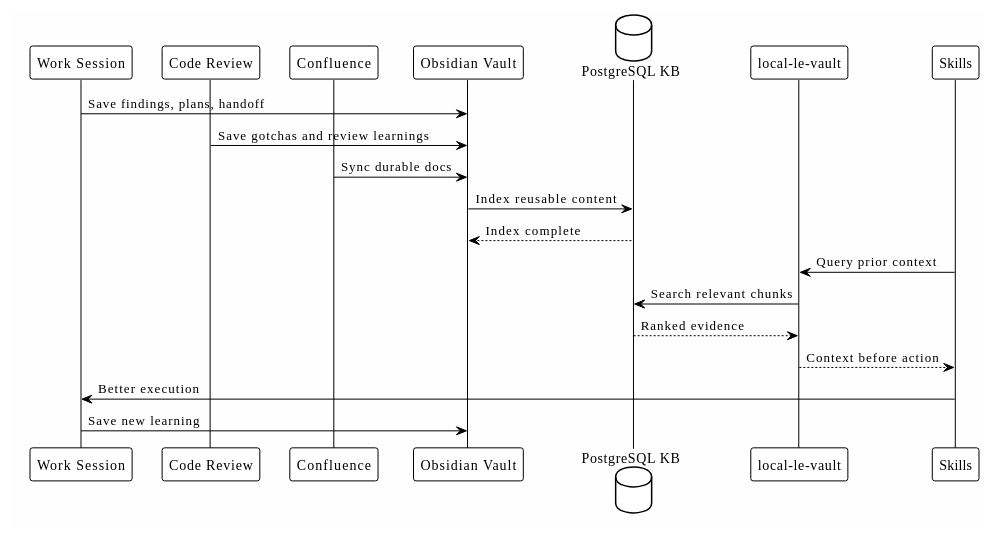
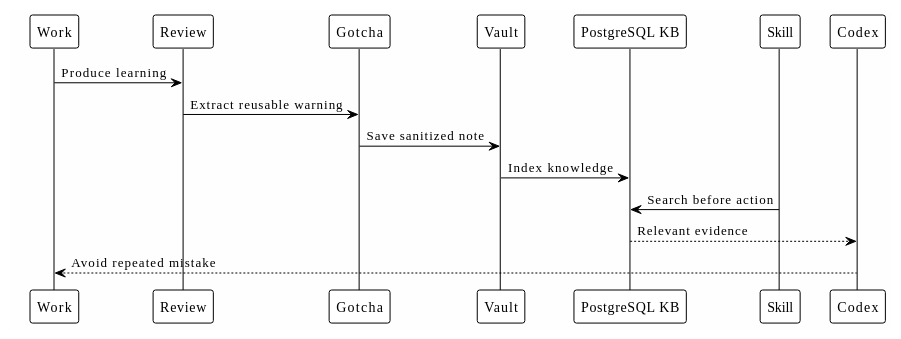
Before and after one commit to ivanhoinacki/codex-workflow-workbook: the diagram in docs/13-knowledge-reuse-loop.md, drawn with PlantUML. The commit also changed other lines of this file and 39 other files, not shown here.

````diff
--- a/docs/13-knowledge-reuse-loop.md
+++ b/docs/13-knowledge-reuse-loop.md
@@ -30,26 +30,22 @@
 ```plantuml
 @startuml
 !theme plain
 skinparam backgroundColor #FEFEFE
 
-participant "Work Session" as Work
-participant "Code Review" as Review
-participant Confluence
-participant "Obsidian Vault" as Vault
-database "PostgreSQL KB" as DB
-participant "local-le-vault" as MCP
-participant Skills
+participant Work
+participant Review
+participant Gotcha
+participant Vault
+participant "PostgreSQL KB" as DB
+participant Skill
+participant Codex
 
-Work -> Vault: Save findings, plans, handoff
-Review -> Vault: Save gotchas and review learnings
-Confluence -> Vault: Sync durable docs
-Vault -> DB: Index reusable content
-DB --> Vault: Index complete
-Skills -> MCP: Query prior context
-MCP -> DB: Search relevant chunks
-DB --> MCP: Ranked evidence
-MCP --> Skills: Context before action
-Skills -> Work: Better execution
-Work -> Vault: Save new learning
+Work -> Review: Produce learning
+Review -> Gotcha: Extract reusable warning
+Gotcha -> Vault: Save sanitized note
+Vault -> DB: Index knowledge
+Skill -> DB: Search before action
+DB --> Codex: Relevant evidence
+Codex --> Work: Avoid repeated mistake
 @enduml
 ```
````
